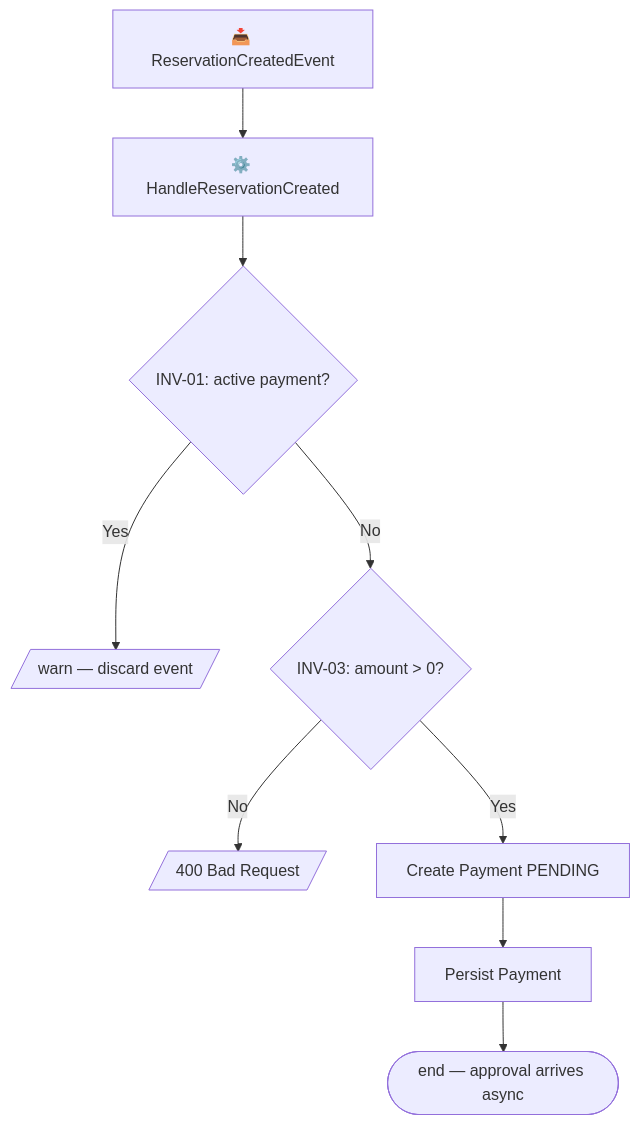
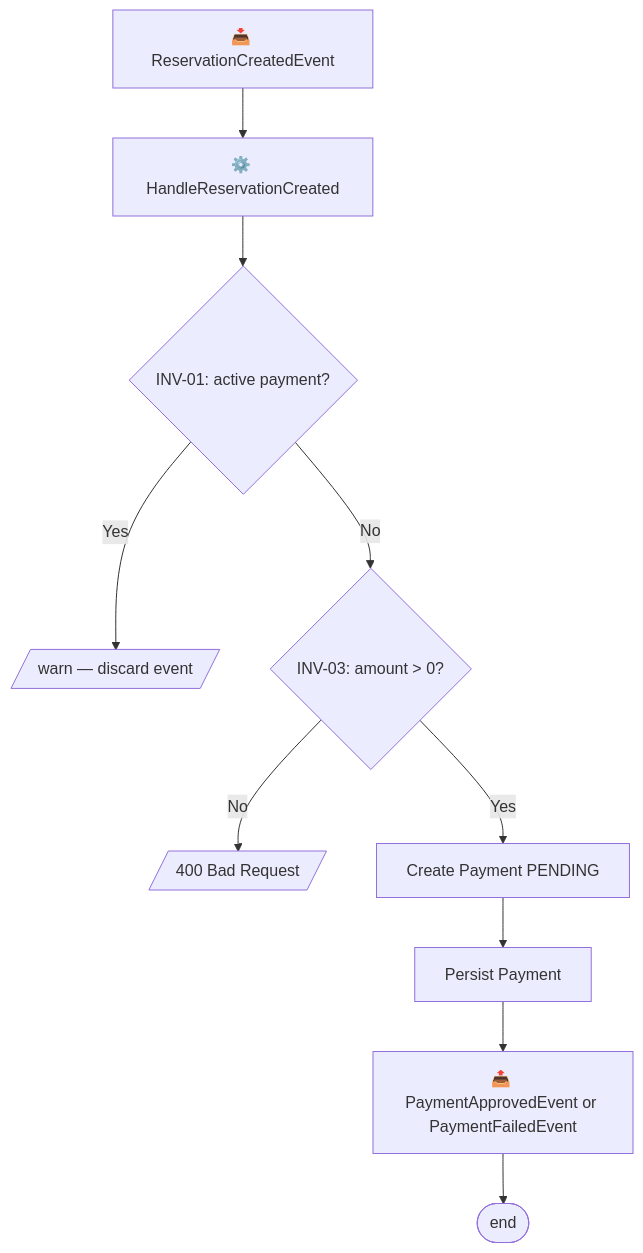
One commit to asuridev/eva4j changed the fifth of 5 diagrams in src/skills/build-system-yaml/references/module-spec.md. Above: the diagram before and after it, drawn with Mermaid. The commit also changed other lines of this file and 4 other files, not shown here.

````diff
--- a/src/skills/build-system-yaml/references/module-spec.md
+++ b/src/skills/build-system-yaml/references/module-spec.md
@@ -437,11 +620,12 @@
 ```mermaid
 flowchart TD
     IN["📥 ReservationCreatedEvent"] --> UC["⚙️ HandleReservationCreated"]
     UC --> INV1{"INV-01: active payment?"}
     INV1 -->|"Yes"| WARN[/"warn — discard event"/]
     INV1 -->|"No"| INV2{"INV-03: amount > 0?"}
     INV2 -->|"No"| ERR[/"400 Bad Request"/]
     INV2 -->|"Yes"| CREATE["Create Payment PENDING"]
     CREATE --> SAVE["Persist Payment"]
-    SAVE --> FIN([end — approval arrives async])
+    SAVE --> EV["📤 PaymentApprovedEvent or PaymentFailedEvent"]
+    EV --> FIN([end])
 ```
````
